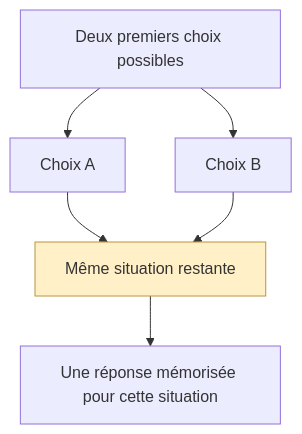
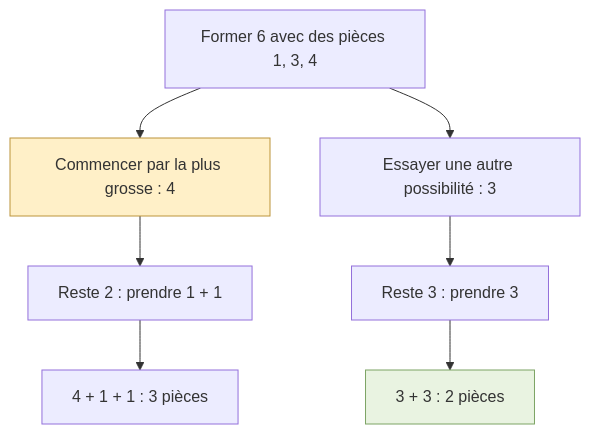
One commit to yannpassy/prepa_algo_odoo changed the fifth of 10 diagrams in Dynamic_Programming/Programmation_dynamique.md. Above: the diagram before and after it, drawn with Mermaid. The commit also changed other lines of this file, not shown here.

````diff
--- a/Dynamic_Programming/Programmation_dynamique.md
+++ b/Dynamic_Programming/Programmation_dynamique.md
@@ -479,9 +261,11 @@
 ```mermaid
 flowchart TD
-    A["Deux premiers choix possibles"] --> B["Choix A"]
-    A --> C["Choix B"]
-    B --> D["Même situation restante"]
-    C --> D
-    D --> E["Une réponse mémorisée pour cette situation"]
-    style D fill:#fff0c8,stroke:#bc943b
+    A["Former 6 avec des pièces 1, 3, 4"] --> B["Commencer par la plus grosse : 4"]
+    A --> C["Essayer une autre possibilité : 3"]
+    B --> D["Reste 2 : prendre 1 + 1"]
+    C --> E["Reste 3 : prendre 3"]
+    D --> F["4 + 1 + 1 : 3 pièces"]
+    E --> G["3 + 3 : 2 pièces"]
+    style B fill:#fff0c8,stroke:#bc943b
+    style G fill:#e9f3e1,stroke:#7da465
 ```
````
